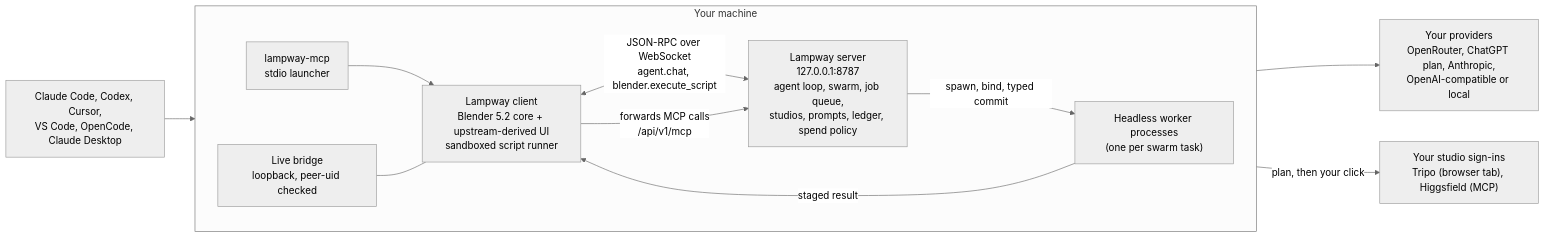
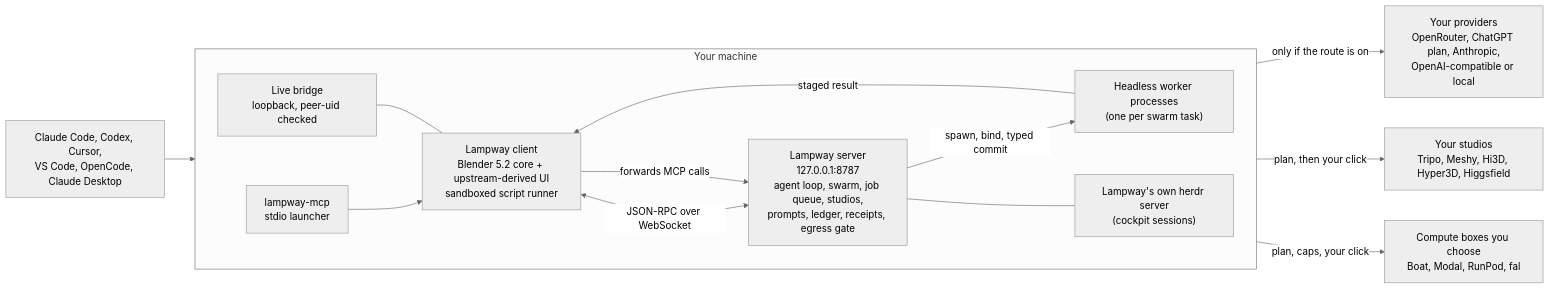
The diagram in README.md (Keigyoku/lampway), drawn with Mermaid (neutral theme) before and after one commit. The commit also changed other lines of this file and 19 other files, not shown here.

First line of the commit message:
docs: README, getting started, providers, privacy, spend, compute, asset vault, cockpit, animation, armour pipeline, roadmap, tools (generated), CONTRIBUTING, SECURITY, THIRD_PARTY

````diff
--- a/README.md
+++ b/README.md
@@ -107,22 +105,26 @@
 ```mermaid
 flowchart LR
   subgraph You["Your machine"]
     direction LR
     App["Lampway client\nBlender 5.2 core + upstream-derived UI\nsandboxed script runner"]
-    Srv["Lampway server\n127.0.0.1:8787\nagent loop, swarm, job queue,\nstudios, prompts, ledger, spend policy"]
+    Srv["Lampway server\n127.0.0.1:8787\nagent loop, swarm, job queue, studios,\nprompts, ledger, receipts, egress gate"]
     Wk["Headless worker processes\n(one per swarm task)"]
     Br["Live bridge\nloopback, peer-uid checked"]
     MCP["lampway-mcp\nstdio launcher"]
+    Herdr["Lampway's own herdr server\n(cockpit sessions)"]
   end
   Apps["Claude Code, Codex, Cursor,\nVS Code, OpenCode, Claude Desktop"]
   Prov["Your providers\nOpenRouter, ChatGPT plan, Anthropic,\nOpenAI-compatible or local"]
-  Stu["Your studio sign-ins\nTripo (browser tab), Higgsfield (MCP)"]
-  App <-- "JSON-RPC over WebSocket\nagent.chat, blender.execute_script" --> Srv
+  Stu["Your studios\nTripo, Meshy, Hi3D, Hyper3D, Higgsfield"]
+  Cloud["Compute boxes you choose\nBoat, Modal, RunPod, fal"]
+  App <-- "JSON-RPC over WebSocket" --> Srv
   Srv -- "spawn, bind, typed commit" --> Wk
   Wk -- "staged result" --> App
-  Srv --> Prov
+  Srv -- "only if the route is on" --> Prov
   Srv -- "plan, then your click" --> Stu
+  Srv -- "plan, caps, your click" --> Cloud
+  Srv --- Herdr
   Apps --> MCP --> App
-  App -- "forwards MCP calls\n/api/v1/mcp" --> Srv
+  App -- "forwards MCP calls" --> Srv
   Br --- App
 ```
````
